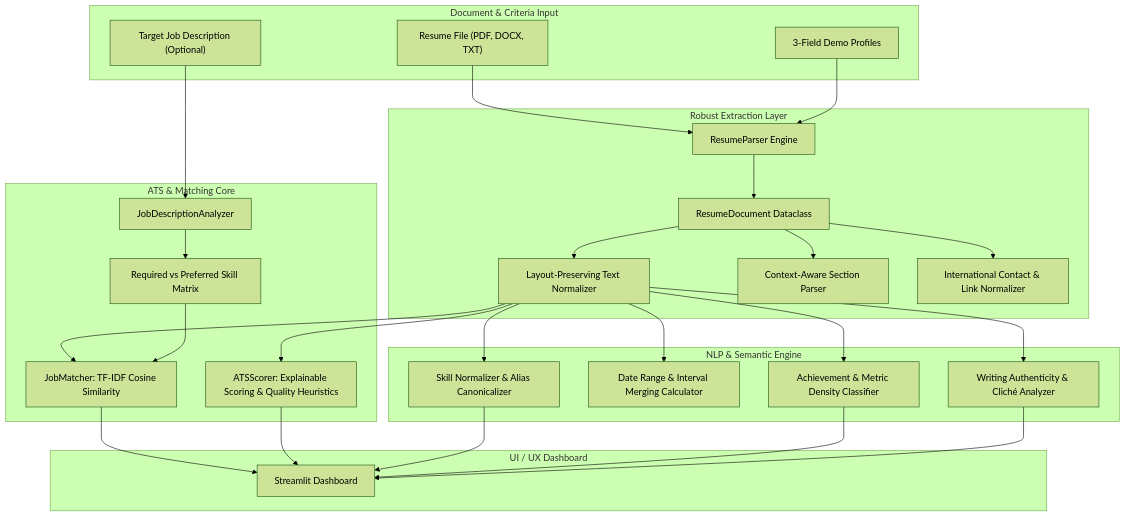
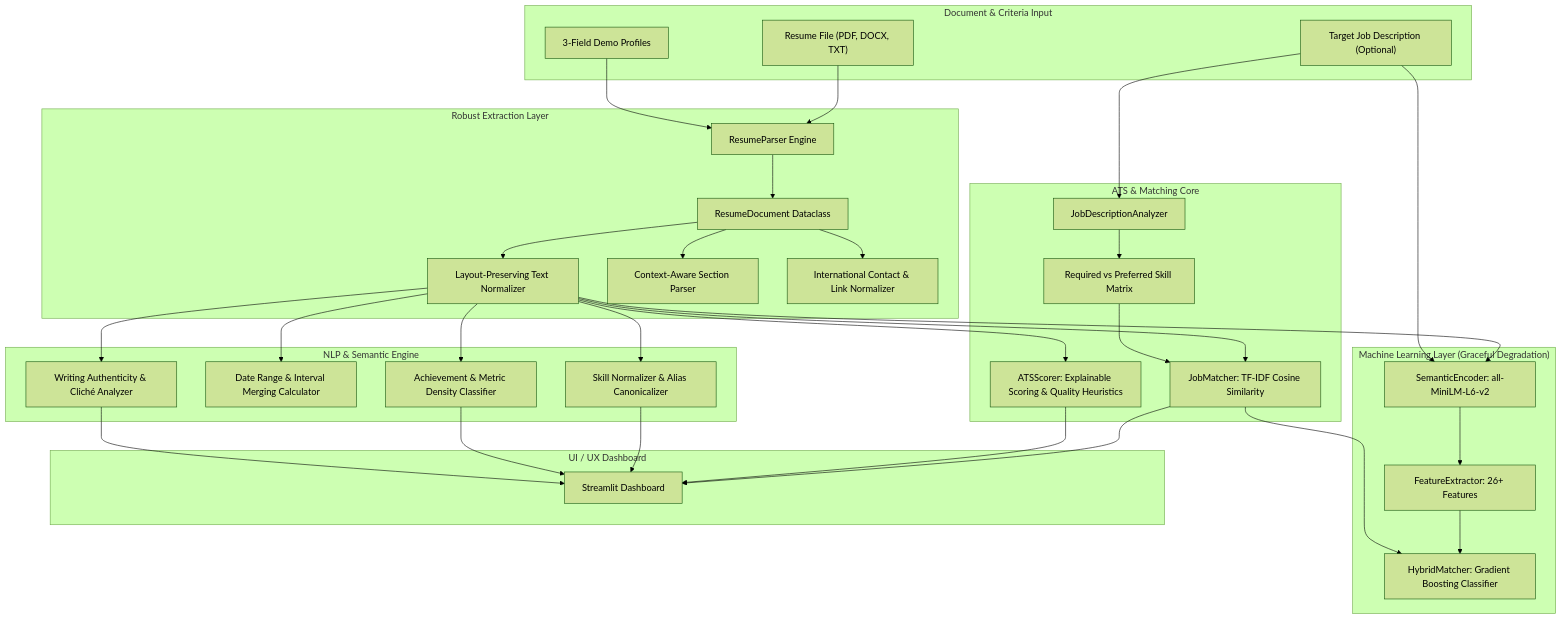
Before and after one commit to Goddex-123/Resume-Scanner: the diagram in README.md, drawn with Mermaid (forest theme). The commit also changed other lines of this file and 20 other files, not shown here.

````diff
--- a/README.md
+++ b/README.md
@@ -47,40 +51,48 @@
 ```mermaid
 graph TD
     subgraph Input_Layer ["Document & Criteria Input"]
         ResumeFile["Resume File (PDF, DOCX, TXT)"]
         TargetJD["Target Job Description (Optional)"]
         DemoSuite["3-Field Demo Profiles"]
     end
 
     subgraph Parsing_Engine ["Robust Extraction Layer"]
         ResumeFile --> Parser["ResumeParser Engine"]
         DemoSuite --> Parser
         Parser --> DocModel["ResumeDocument Dataclass"]
         DocModel --> CleanText["Layout-Preserving Text Normalizer"]
         DocModel --> SectionDecomp["Context-Aware Section Parser"]
         DocModel --> ContactExtract["International Contact & Link Normalizer"]
     end
 
     subgraph NLP_Analysis ["NLP & Semantic Engine"]
         CleanText --> SkillNorm["Skill Normalizer & Alias Canonicalizer"]
         CleanText --> DateMerge["Date Range & Interval Merging Calculator"]
         CleanText --> BulletMetrics["Achievement & Metric Density Classifier"]
         CleanText --> AIStyle["Writing Authenticity & Cliché Analyzer"]
     end
 
+    subgraph ML_Pipeline ["Machine Learning Layer (Graceful Degradation)"]
+        CleanText --> SemanticEnc["SemanticEncoder: all-MiniLM-L6-v2"]
+        TargetJD --> SemanticEnc
+        SemanticEnc --> FeatExt["FeatureExtractor: 26+ Features"]
+        FeatExt --> MLModel["HybridMatcher: Gradient Boosting Classifier"]
+    end
+
     subgraph Matching_Engine ["ATS & Matching Core"]
         TargetJD --> JDAnalyzer["JobDescriptionAnalyzer"]
         JDAnalyzer --> ReqPrefSplit["Required vs Preferred Skill Matrix"]
         CleanText --> JobMatcher["JobMatcher: TF-IDF Cosine Similarity"]
         ReqPrefSplit --> JobMatcher
         CleanText --> ATSScorer["ATSScorer: Explainable Scoring & Quality Heuristics"]
+        JobMatcher --> MLModel
     end
 
     subgraph Presentation_Layer ["UI / UX Dashboard"]
         JobMatcher --> StreamlitApp["Streamlit Dashboard"]
         ATSScorer --> StreamlitApp
         SkillNorm --> StreamlitApp
         BulletMetrics --> StreamlitApp
         AIStyle --> StreamlitApp
     end
 ```
````
